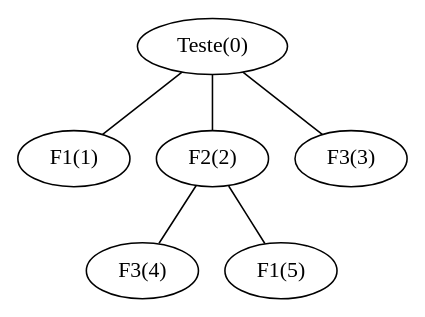
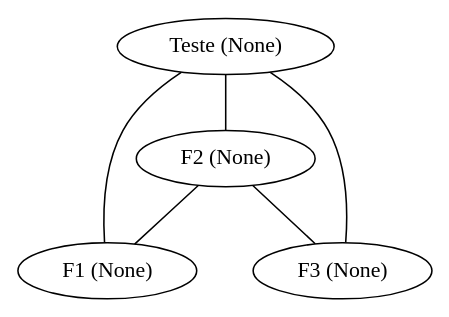
One commit to thiago9864/inteligencia_artificial changed the diagram in trabalho2/arvore.gv. Above: the diagram before and after it, drawn with Graphviz. The commit also changed 6 other files, not shown here.

```diff
--- a/trabalho2/arvore.gv
+++ b/trabalho2/arvore.gv
@@ -1,7 +1,7 @@
 graph {
-   "Teste(0)"--"F1(1)"
-   "Teste(0)"--"F2(2)"
-   "Teste(0)"--"F3(3)"
-   "F2(2)"--"F3(4)"
-   "F2(2)"--"F1(5)"
+   "Teste (None)"--"F1 (None)"
+   "Teste (None)"--"F2 (None)"
+   "Teste (None)"--"F3 (None)"
+   "F2 (None)"--"F3 (None)"
+   "F2 (None)"--"F1 (None)"
 }
```
